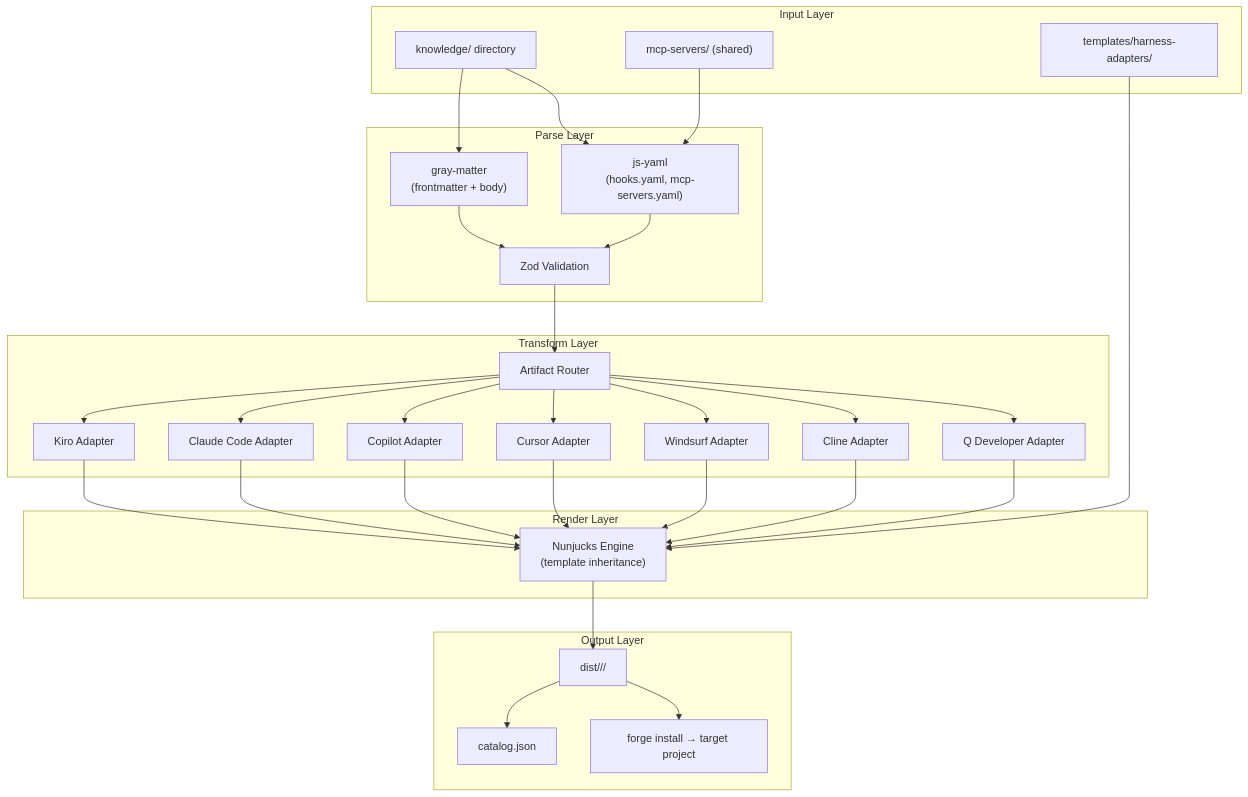
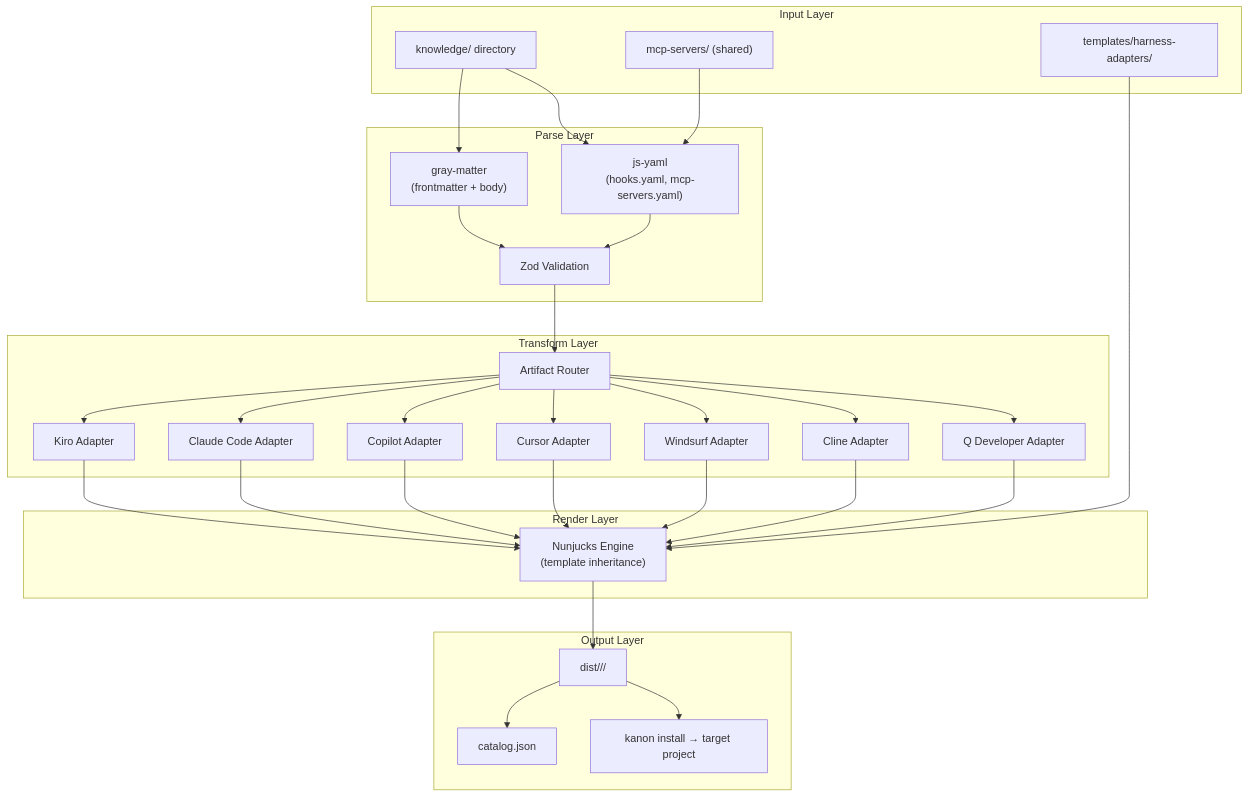
The first of 5 diagrams in .kiro/specs/skill-forge-monorepo/design.md (jhu-sheridan-libraries/agentic-skill-library), drawn with Mermaid before and after one commit. The commit also changed other lines of this file and 1269 other files, not shown here.

````diff
--- a/.kiro/specs/skill-forge-monorepo/design.md
+++ b/.kiro/specs/skill-forge-monorepo/design.md
@@ -25,48 +25,48 @@
 ```mermaid
 graph TD
     subgraph "Input Layer"
         KD["knowledge/ directory"]
         MCP["mcp-servers/ (shared)"]
         TPL["templates/harness-adapters/"]
     end
 
     subgraph "Parse Layer"
         GM["gray-matter<br/>(frontmatter + body)"]
         YP["js-yaml<br/>(hooks.yaml, mcp-servers.yaml)"]
         ZV["Zod Validation"]
     end
 
     subgraph "Transform Layer"
         AR["Artifact Router"]
         KA["Kiro Adapter"]
         CCA["Claude Code Adapter"]
         CPA["Copilot Adapter"]
         CUA["Cursor Adapter"]
         WA["Windsurf Adapter"]
         CLA["Cline Adapter"]
         QA["Q Developer Adapter"]
     end
 
     subgraph "Render Layer"
         NJ["Nunjucks Engine<br/>(template inheritance)"]
     end
 
     subgraph "Output Layer"
         DIST["dist/<harness>/<artifact>/"]
         CAT["catalog.json"]
-        INST["forge install → target project"]
+        INST["kanon install → target project"]
     end
 
     KD --> GM
     KD --> YP
     MCP --> YP
     GM --> ZV
     YP --> ZV
     ZV --> AR
     AR --> KA & CCA & CPA & CUA & WA & CLA & QA
     KA & CCA & CPA & CUA & WA & CLA & QA --> NJ
     TPL --> NJ
     NJ --> DIST
     DIST --> CAT
     DIST --> INST
 ```
````
